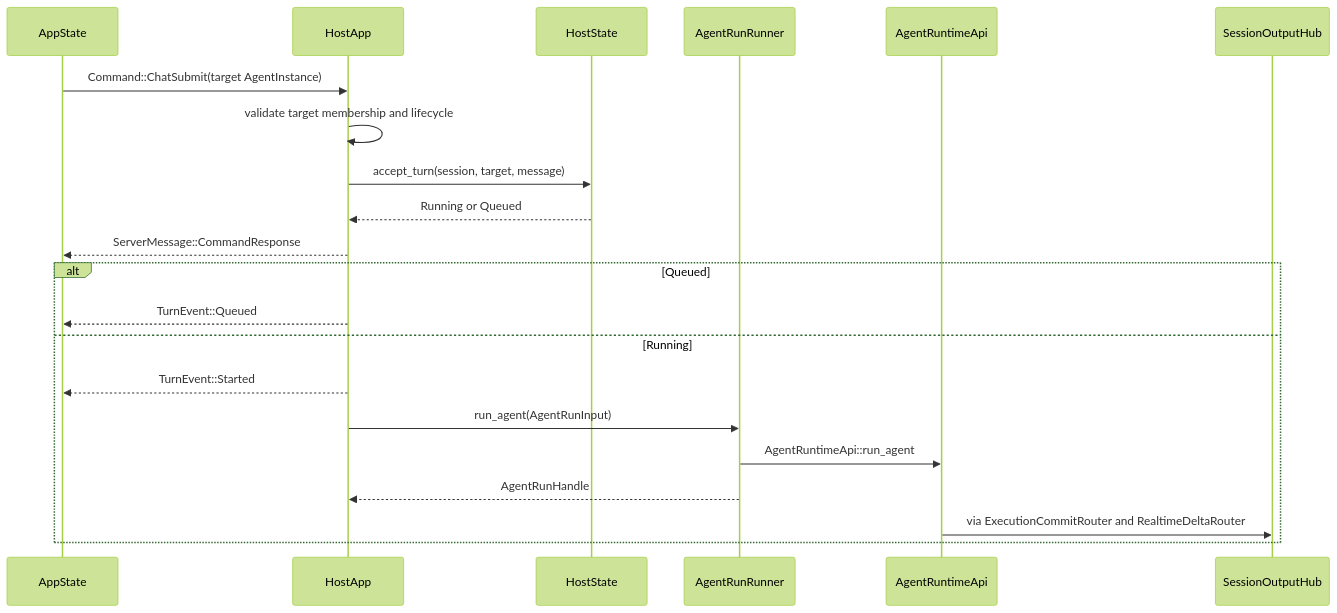
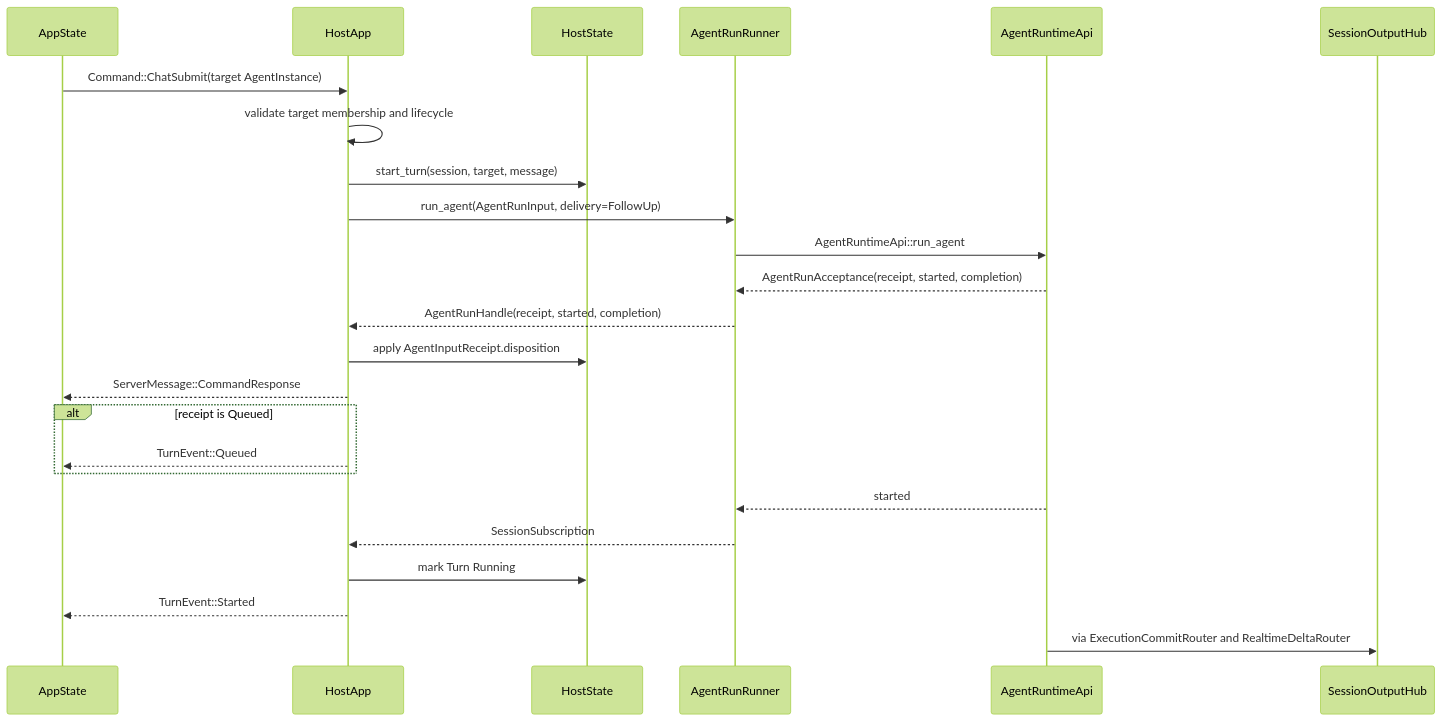
Before and after one commit to biuld/piko: the second of 3 diagrams in docs/hostd-turn-model.md, drawn with Mermaid (forest theme). The commit also changed other lines of this file and 38 other files, not shown here.

First line of the commit message:
feat(hostd/orchd): implement durable agent follow-up queues and refine turn observation

````diff
--- a/docs/hostd-turn-model.md
+++ b/docs/hostd-turn-model.md
@@ -634,25 +658,27 @@
 ```mermaid
 sequenceDiagram
     participant T as AppState
     participant H as HostApp
     participant S as HostState
     participant R as AgentRunRunner
     participant A as AgentRuntimeApi
     participant O as SessionOutputHub
 
     T->>H: Command::ChatSubmit(target AgentInstance)
     H->>H: validate target membership and lifecycle
-    H->>S: accept_turn(session, target, message)
-    S-->>H: Running or Queued
+    H->>S: start_turn(session, target, message)
+    H->>R: run_agent(AgentRunInput, delivery=FollowUp)
+    R->>A: AgentRuntimeApi::run_agent
+    A-->>R: AgentRunAcceptance(receipt, started, completion)
+    R-->>H: AgentRunHandle(receipt, started, completion)
+    H->>S: apply AgentInputReceipt.disposition
     H-->>T: ServerMessage::CommandResponse
-
-    alt Queued
+    alt receipt is Queued
         H-->>T: TurnEvent::Queued
-    else Running
-        H-->>T: TurnEvent::Started
-        H->>R: run_agent(AgentRunInput)
-        R->>A: AgentRuntimeApi::run_agent
-        R-->>H: AgentRunHandle
-        A->>O: via ExecutionCommitRouter and RealtimeDeltaRouter
     end
+    A-->>R: started
+    R-->>H: SessionSubscription
+    H->>S: mark Turn Running
+    H-->>T: TurnEvent::Started
+    A->>O: via ExecutionCommitRouter and RealtimeDeltaRouter
 ```
````
